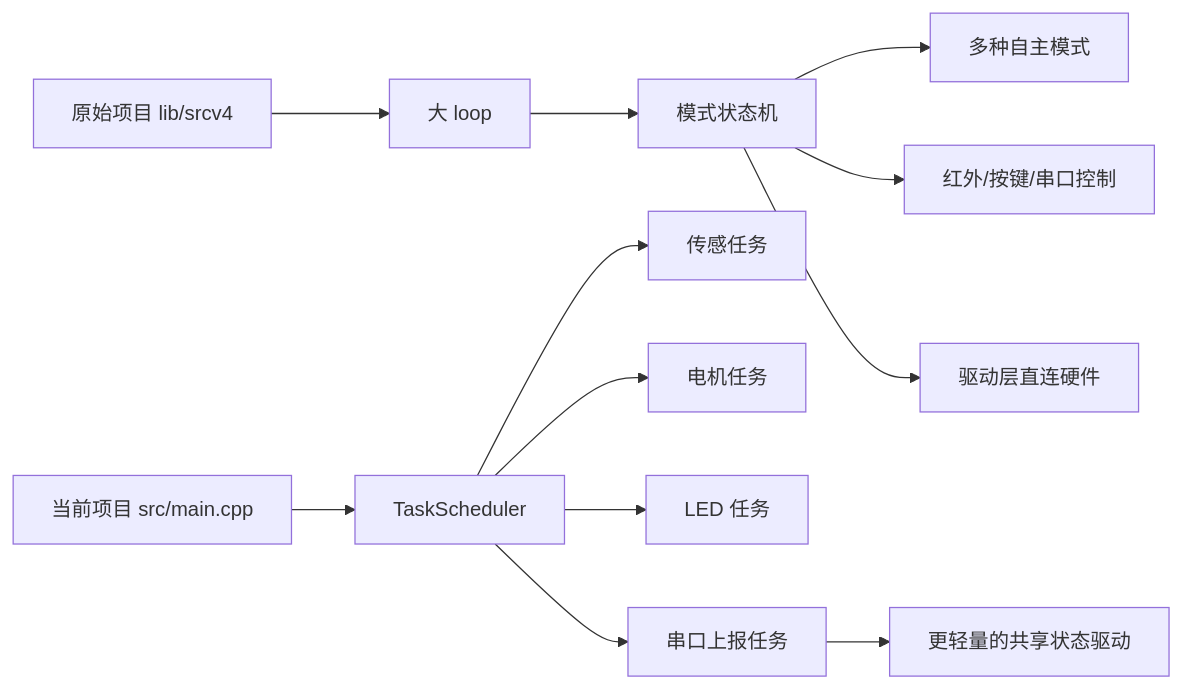
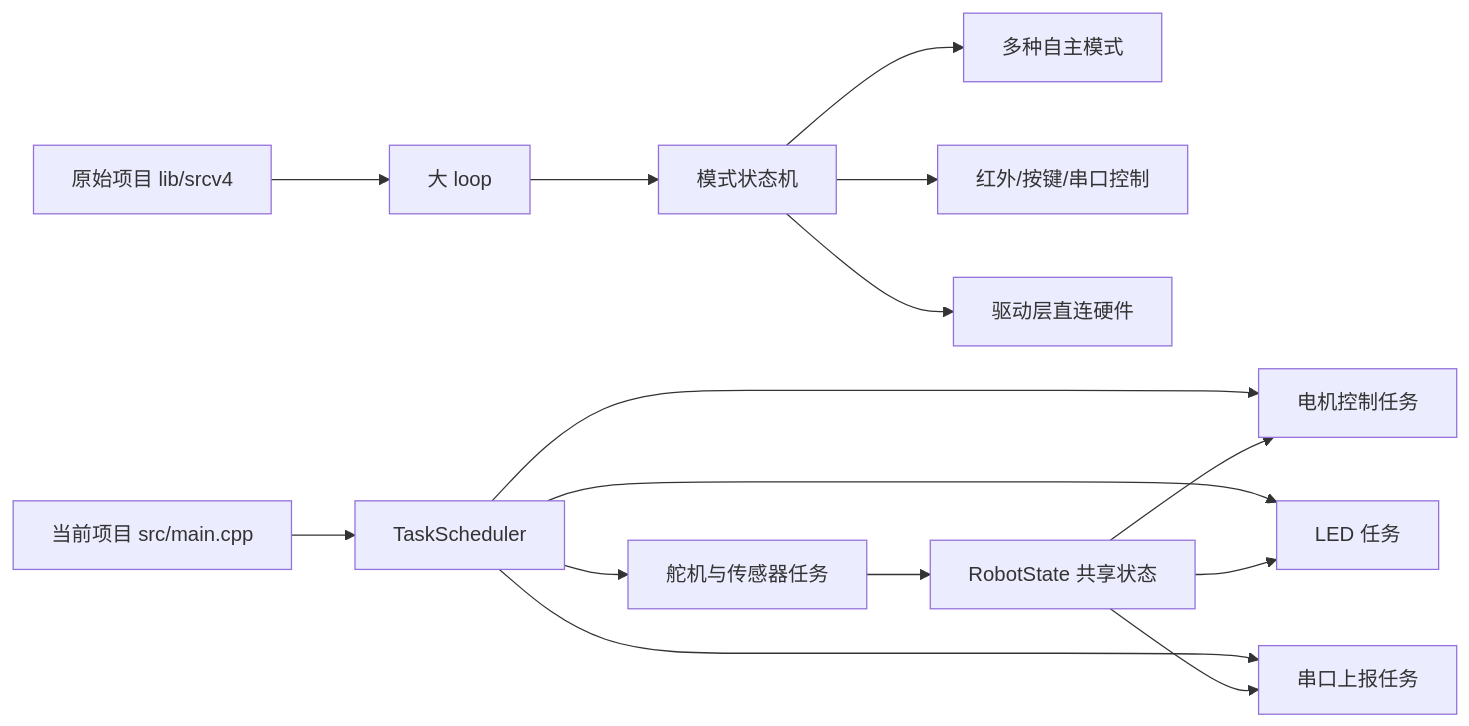
The first of 2 diagrams in docs/当前与原始项目对比说明.md (TennousuAthena/UniBot), drawn with Mermaid before and after one commit. The commit also changed other lines of this file and 1 other file, not shown here.

````diff
--- a/docs/当前与原始项目对比说明.md
+++ b/docs/当前与原始项目对比说明.md
@@ -46,15 +51,18 @@
 ```mermaid
 flowchart LR
     A[原始项目 lib/srcv4] --> A1[大 loop]
     A1 --> A2[模式状态机]
     A2 --> A3[多种自主模式]
     A2 --> A4[红外/按键/串口控制]
     A2 --> A5[驱动层直连硬件]
 
     B[当前项目 src/main.cpp] --> B1[TaskScheduler]
-    B1 --> B2[传感任务]
-    B1 --> B3[电机任务]
+    B1 --> B2[舵机与传感器任务]
+    B1 --> B3[电机控制任务]
     B1 --> B4[LED 任务]
     B1 --> B5[串口上报任务]
-    B5 --> B6[更轻量的共享状态驱动]
+    B2 --> B6[RobotState 共享状态]
+    B6 --> B3
+    B6 --> B4
+    B6 --> B5
 ```
````
